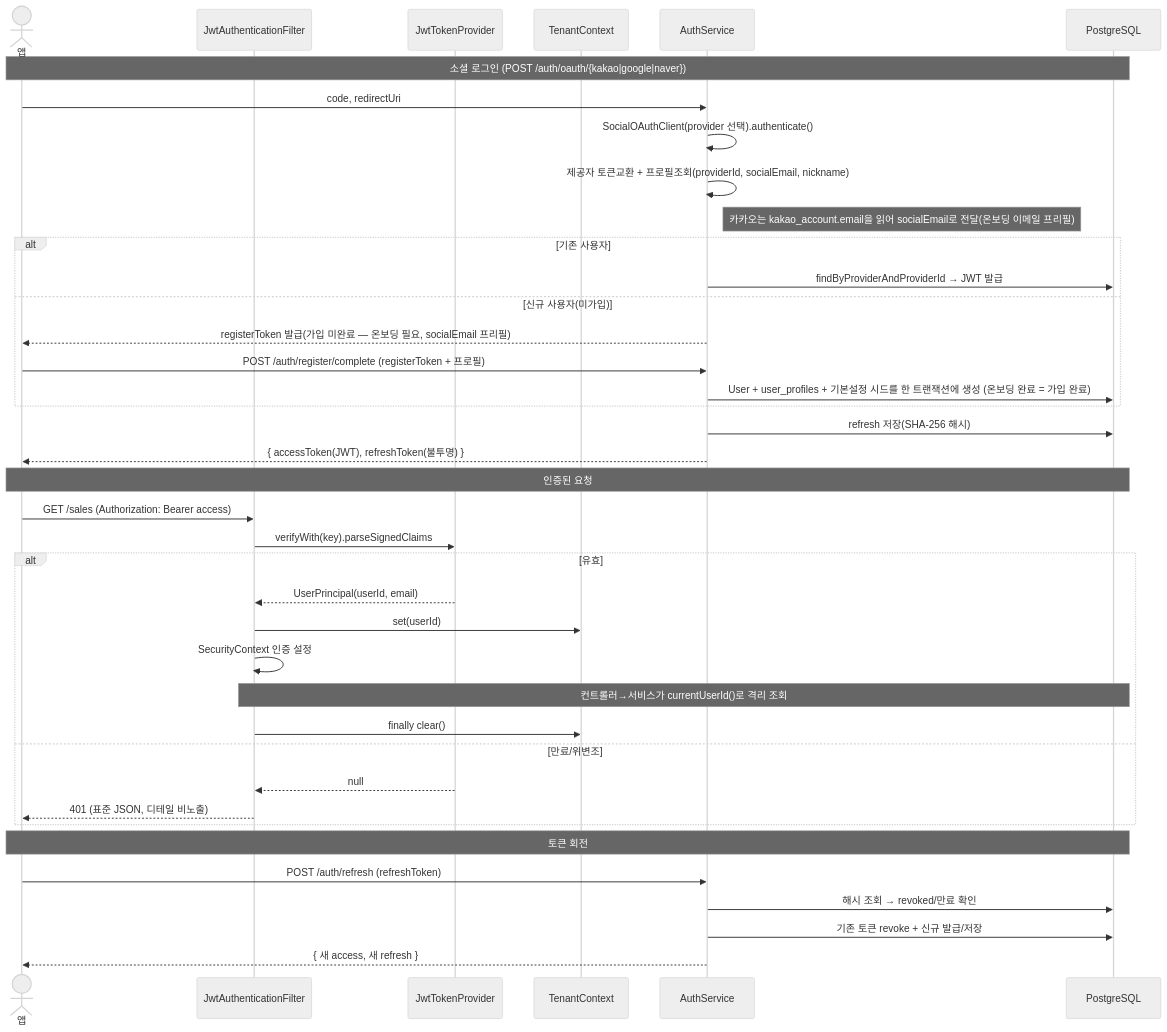
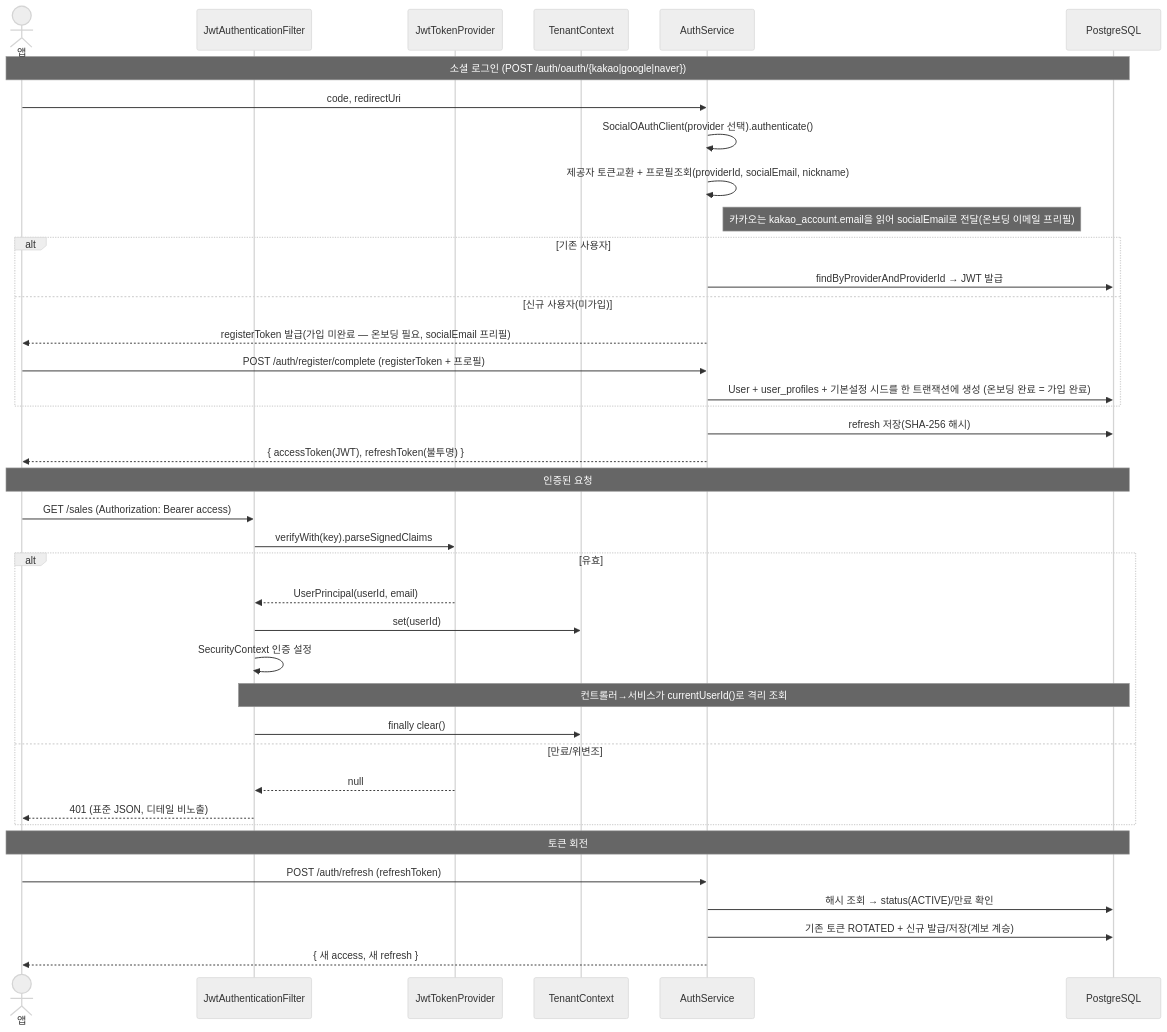
One commit to flori-ai-kr/api changed the fourth of 10 diagrams in docs/ARCHITECTURE.md. Above: the diagram before and after it, drawn with Mermaid (neutral theme). The commit also changed other lines of this file and 11 other files, not shown here.

First line of the commit message:
feat: refresh_tokens 세션 추적/통계 컬럼 추가 + revoked→status 전환 (#7)

````diff
--- a/docs/ARCHITECTURE.md
+++ b/docs/ARCHITECTURE.md
@@ -270,44 +271,44 @@
 ```mermaid
 sequenceDiagram
     actor U as 앱
     participant F as JwtAuthenticationFilter
     participant TP as JwtTokenProvider
     participant TC as TenantContext
     participant AS as AuthService
     participant DB as PostgreSQL
 
     Note over U,DB: 소셜 로그인 (POST /auth/oauth/{kakao|google|naver})
     U->>AS: code, redirectUri
     AS->>AS: SocialOAuthClient(provider 선택).authenticate()
     AS->>AS: 제공자 토큰교환 + 프로필조회(providerId, socialEmail, nickname)
     Note right of AS: 카카오는 kakao_account.email을 읽어 socialEmail로 전달(온보딩 이메일 프리필)
     alt 기존 사용자
         AS->>DB: findByProviderAndProviderId → JWT 발급
     else 신규 사용자(미가입)
         AS-->>U: registerToken 발급(가입 미완료 — 온보딩 필요, socialEmail 프리필)
         U->>AS: POST /auth/register/complete (registerToken + 프로필)
         AS->>DB: User + user_profiles + 기본설정 시드를 한 트랜잭션에 생성 (온보딩 완료 = 가입 완료)
     end
     AS->>DB: refresh 저장(SHA-256 해시)
     AS-->>U: { accessToken(JWT), refreshToken(불투명) }
 
     Note over U,DB: 인증된 요청
     U->>F: GET /sales (Authorization: Bearer access)
     F->>TP: verifyWith(key).parseSignedClaims
     alt 유효
         TP-->>F: UserPrincipal(userId, email)
         F->>TC: set(userId)
         F->>F: SecurityContext 인증 설정
         Note over F,DB: 컨트롤러→서비스가 currentUserId()로 격리 조회
         F->>TC: finally clear()
     else 만료/위변조
         TP-->>F: null
         F-->>U: 401 (표준 JSON, 디테일 비노출)
     end
 
     Note over U,DB: 토큰 회전
     U->>AS: POST /auth/refresh (refreshToken)
-    AS->>DB: 해시 조회 → revoked/만료 확인
-    AS->>DB: 기존 토큰 revoke + 신규 발급/저장
+    AS->>DB: 해시 조회 → status(ACTIVE)/만료 확인
+    AS->>DB: 기존 토큰 ROTATED + 신규 발급/저장(계보 계승)
     AS-->>U: { 새 access, 새 refresh }
 ```
````
